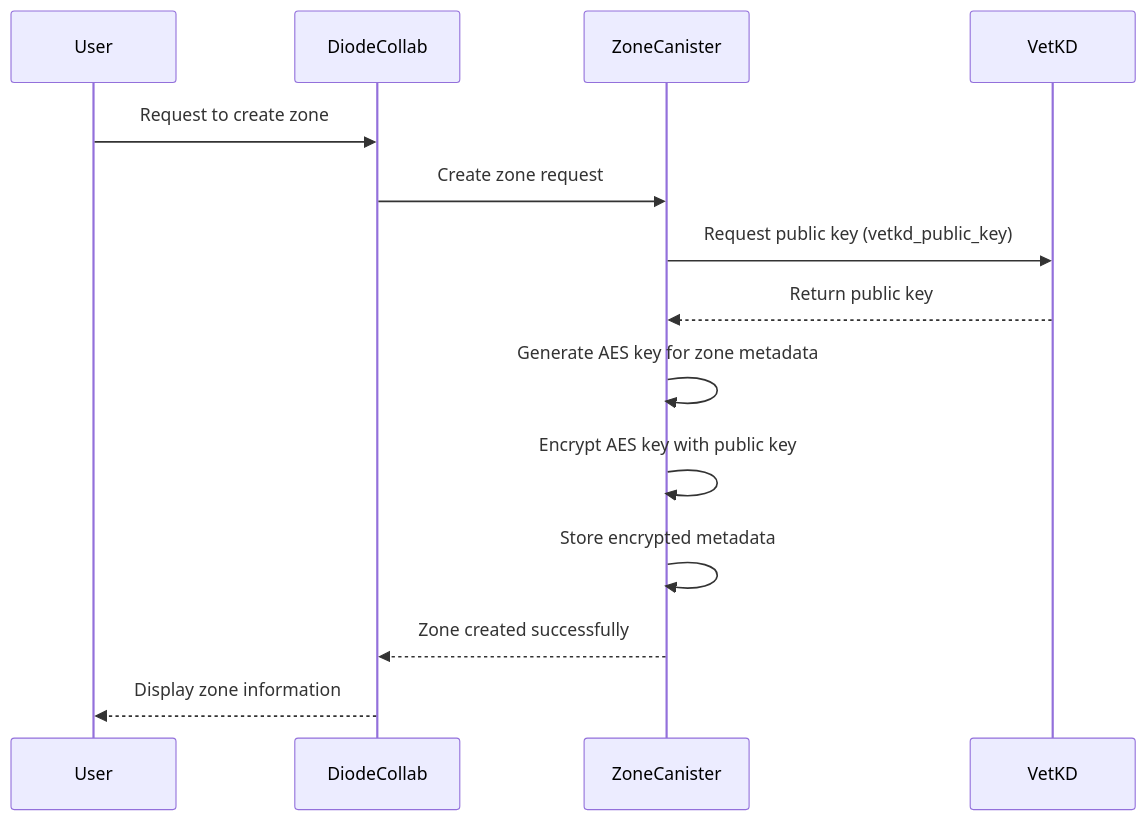
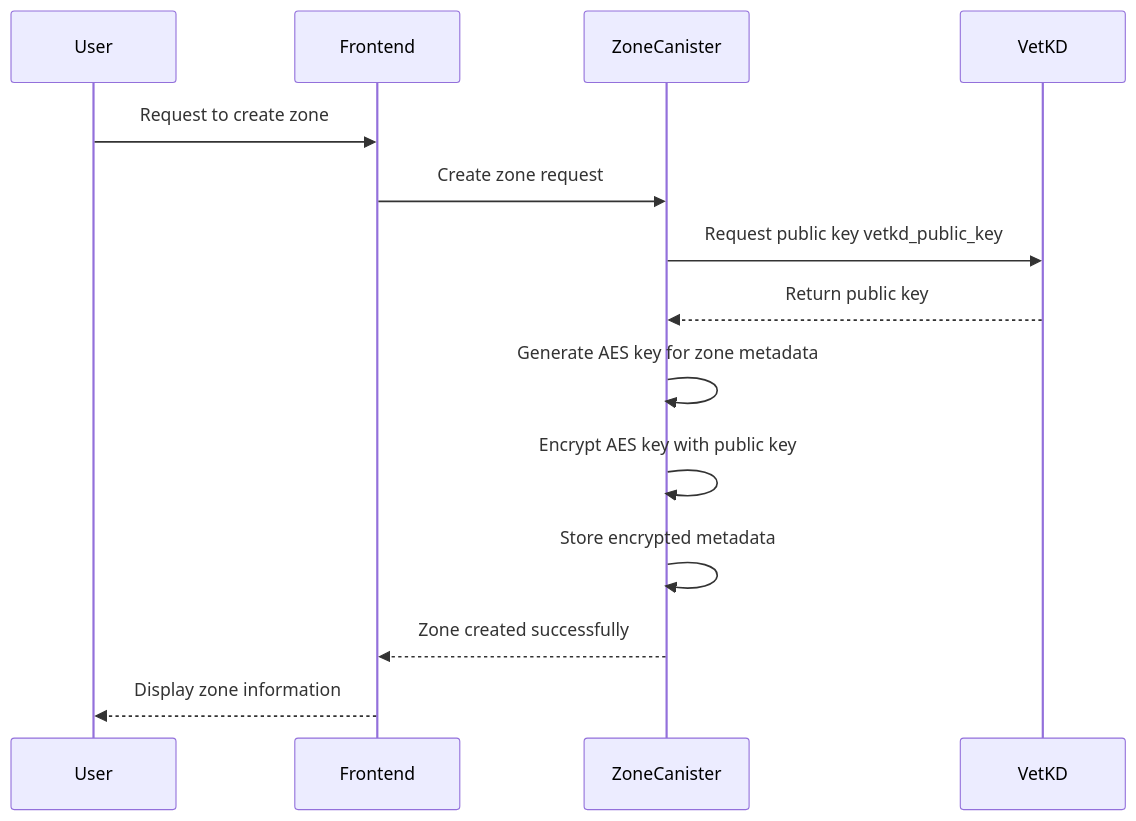
One commit to diodechain/zone_availability_canister changed the third of 12 diagrams in docs/dfinity_milestones2.md. Above: the diagram before and after it, drawn with Mermaid. The commit also changed other lines of this file, not shown here.

````diff
--- a/docs/dfinity_milestones2.md
+++ b/docs/dfinity_milestones2.md
@@ -117,17 +117,17 @@
 ```mermaid
 sequenceDiagram
     participant User
-    participant DiodeCollab
+    participant Frontend
     participant ZoneCanister
     participant VetKD
     
-    User->>DiodeCollab: Request to create zone
-    DiodeCollab->>ZoneCanister: Create zone request
-    ZoneCanister->>VetKD: Request public key (vetkd_public_key)
+    User->>Frontend: Request to create zone
+    Frontend->>ZoneCanister: Create zone request
+    ZoneCanister->>VetKD: Request public key vetkd_public_key
     VetKD-->>ZoneCanister: Return public key
     ZoneCanister->>ZoneCanister: Generate AES key for zone metadata
     ZoneCanister->>ZoneCanister: Encrypt AES key with public key
     ZoneCanister->>ZoneCanister: Store encrypted metadata
-    ZoneCanister-->>DiodeCollab: Zone created successfully
-    DiodeCollab-->>User: Display zone information
+    ZoneCanister-->>Frontend: Zone created successfully
+    Frontend-->>User: Display zone information
 ```
````
